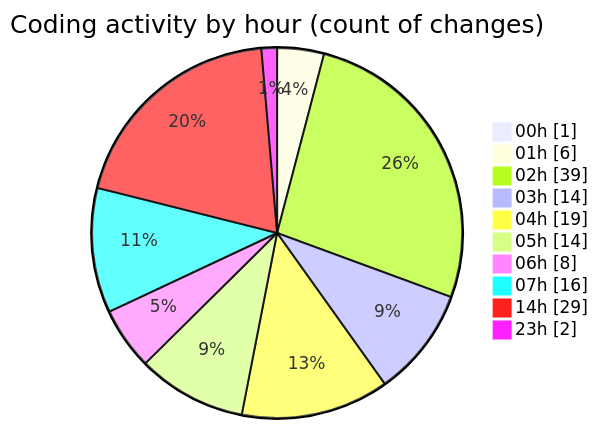
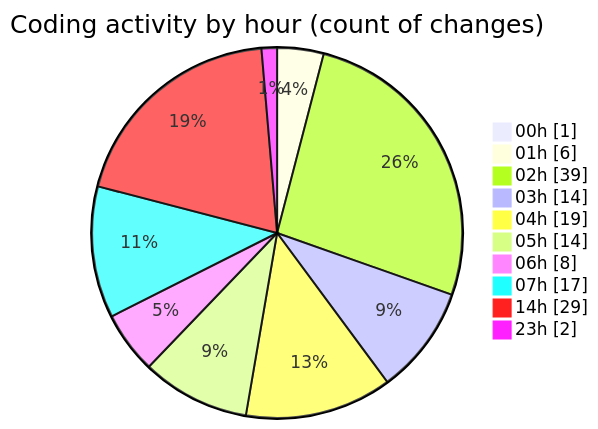
The second of 2 diagrams in 2025-02-19/masm/README.md (charlie-sans/code-tracking), drawn with Mermaid before and after one commit. The commit also changed other lines of this file and 1 other file, not shown here.

````diff
--- a/2025-02-19/masm/README.md
+++ b/2025-02-19/masm/README.md
@@ -53,14 +53,14 @@
 ```mermaid
 pie showData
 title Coding activity by hour (count of changes)
 "00h" : 1
 "01h" : 6
 "02h" : 39
 "03h" : 14
 "04h" : 19
 "05h" : 14
 "06h" : 8
-"07h" : 16
+"07h" : 17
 "14h" : 29
 "23h" : 2
 ```
````
